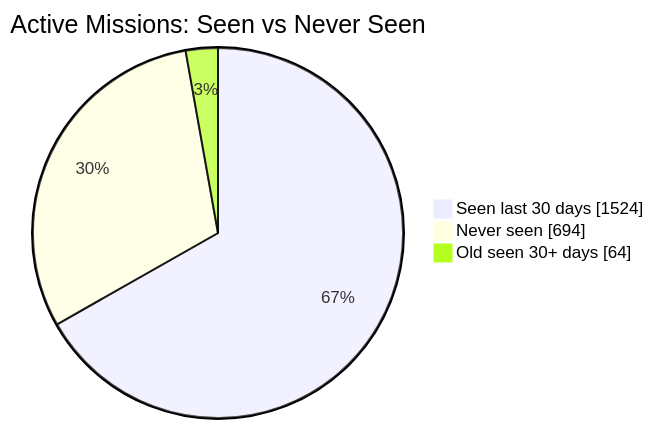
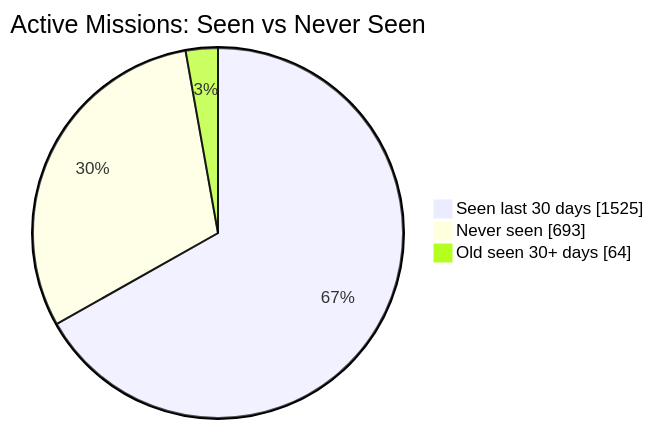
Before and after one commit to MeldkamerspelGameTeam/active-missions: the first of 2 diagrams in README.md, drawn with Mermaid. The commit also changed other lines of this file and 2 other files, not shown here.

````diff
--- a/README.md
+++ b/README.md
@@ -34,7 +34,7 @@
 ```mermaid
 pie showData
     title Active Missions: Seen vs Never Seen
-    "Seen last 30 days" : 1524
-    "Never seen" : 694
+    "Seen last 30 days" : 1525
+    "Never seen" : 693
     "Old seen 30+ days" : 64
 ```
````
